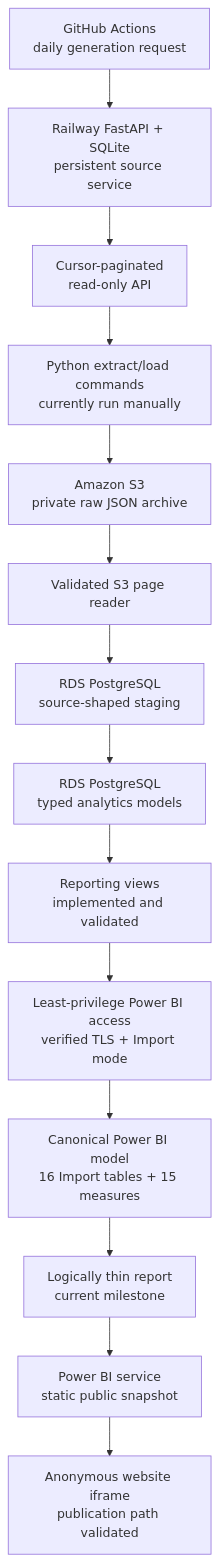
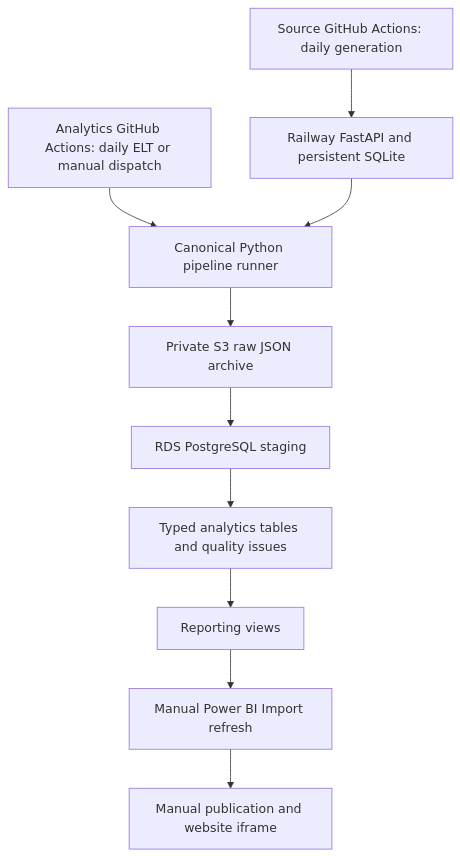
The diagram in ARCHITECTURE.md (datacookbooks/guitar-lessons-marketing-analytics), drawn with Mermaid before and after one commit. The commit also changed other lines of this file and 1 other file, not shown here.

Commit message:
docs: update README and architecture documentation

````diff
--- a/ARCHITECTURE.md
+++ b/ARCHITECTURE.md
@@ -12,16 +11,12 @@
 ```mermaid
 flowchart TD
-    A["GitHub Actions<br/>daily generation request"] --> B["Railway FastAPI + SQLite<br/>persistent source service"]
-    B --> C["Cursor-paginated<br/>read-only API"]
-    C --> D["Python extract/load commands<br/>currently run manually"]
-    D --> E["Amazon S3<br/>private raw JSON archive"]
-    E --> F["Validated S3 page reader"]
-    F --> G["RDS PostgreSQL<br/>source-shaped staging"]
-    G --> H["RDS PostgreSQL<br/>typed analytics models"]
-    H --> I["Reporting views<br/>implemented and validated"]
-    I --> J["Least-privilege Power BI access<br/>verified TLS + Import mode"]
-    J --> K["Canonical Power BI model<br/>16 Import tables + 15 measures"]
-    K --> L["Logically thin report<br/>current milestone"]
-    L --> M["Power BI service<br/>static public snapshot"]
-    M --> N["Anonymous website iframe<br/>publication path validated"]
+    SOURCE["Source GitHub Actions: daily generation"] --> API["Railway FastAPI and persistent SQLite"]
+    DAILY["Analytics GitHub Actions: daily ELT or manual dispatch"] --> RUNNER["Canonical Python pipeline runner"]
+    API --> RUNNER
+    RUNNER --> S3["Private S3 raw JSON archive"]
+    S3 --> STAGING["RDS PostgreSQL staging"]
+    STAGING --> ANALYTICS["Typed analytics tables and quality issues"]
+    ANALYTICS --> VIEWS["Reporting views"]
+    VIEWS --> BI["Manual Power BI Import refresh"]
+    BI --> PUBLIC["Manual publication and website iframe"]
 ```
````
